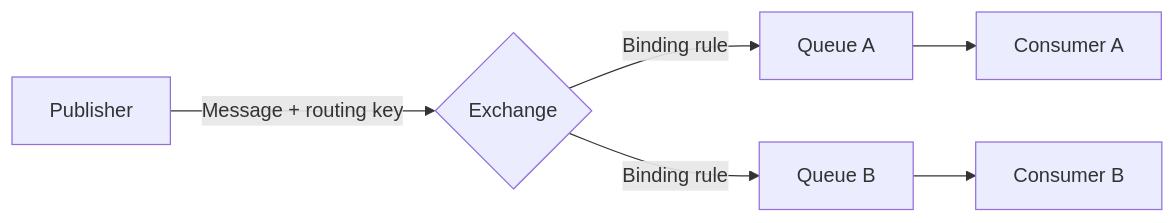
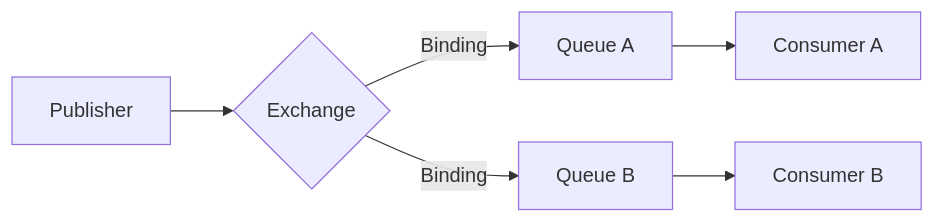
One commit to AvadhBhalodiya/Interview-Preparation changed the eighth of 16 diagrams in src/content/task-processing/message-brokers-redis-rabbitmq-sqs.md. Above: the diagram before and after it, drawn with Mermaid. The commit also changed other lines of this file and 80 other files, not shown here.

````diff
--- a/src/content/task-processing/message-brokers-redis-rabbitmq-sqs.md
+++ b/src/content/task-processing/message-brokers-redis-rabbitmq-sqs.md
@@ -637,8 +348,8 @@
 ```mermaid
 flowchart LR
-    P[Publisher] -->|Message + routing key| E{Exchange}
-    E -->|Binding rule| Q1[Queue A]
-    E -->|Binding rule| Q2[Queue B]
+    P[Publisher] --> EX{Exchange}
+    EX -->|Binding| Q1[Queue A]
+    EX -->|Binding| Q2[Queue B]
     Q1 --> C1[Consumer A]
     Q2 --> C2[Consumer B]
 ```
````
